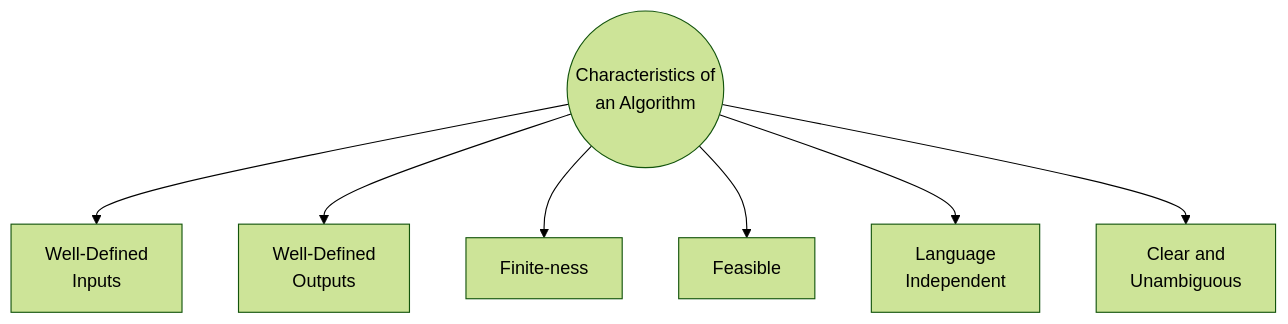
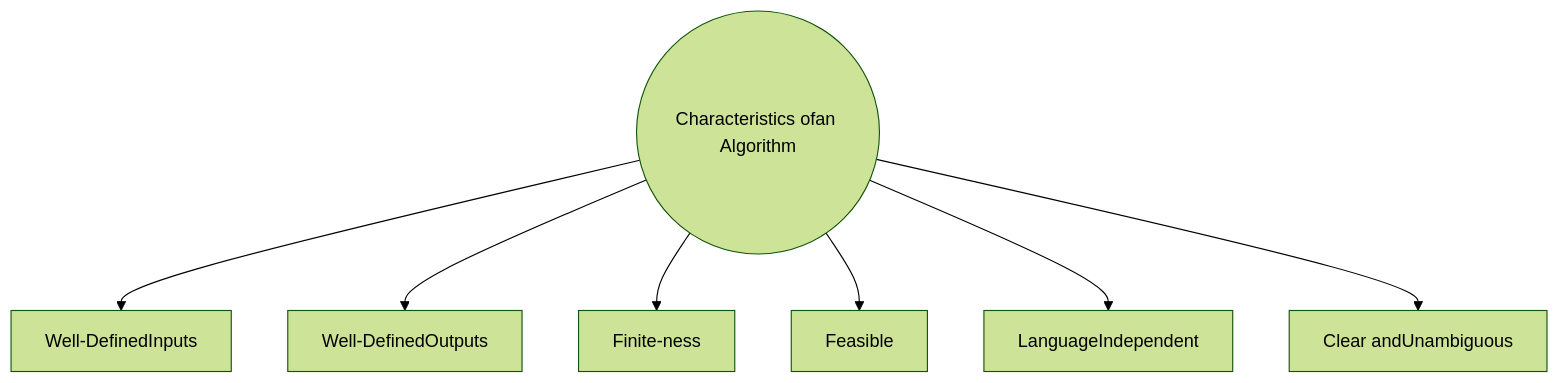
The sixth of 25 diagrams in frontend/books_mds/Grade 7/comp/comp_7.md (zk-007/AutiStudy-App), drawn with Mermaid (forest theme) before and after one commit. The commit also changed other lines of this file and 12 other files, not shown here.

````diff
--- a/frontend/books_mds/Grade 7/comp/comp_7.md
+++ b/frontend/books_mds/Grade 7/comp/comp_7.md
@@ -2499,10 +2291,9 @@
 ```mermaid
 graph TD
-    C((Characteristics of <br/> an Algorithm))
-    C --> WDI[Well-Defined <br/> Inputs]
-    C --> WDO[Well-Defined <br/> Outputs]
-    C --> FN[Finite-ness]
-    C --> F[Feasible]
-    C --> LI[Language <br/> Independent]
-    C --> CU[Clear and <br/> Unambiguous]
+    Center((Characteristics ofan Algorithm)) --> WellDefinedInputs[Well-DefinedInputs]
+    Center --> WellDefinedOutputs[Well-DefinedOutputs]
+    Center --> Finite-ness[Finite-ness]
+    Center --> Feasible[Feasible]
+    Center --> LanguageIndependent[LanguageIndependent]
+    Center --> ClearAndUnambiguous[Clear andUnambiguous]
 ```
````
